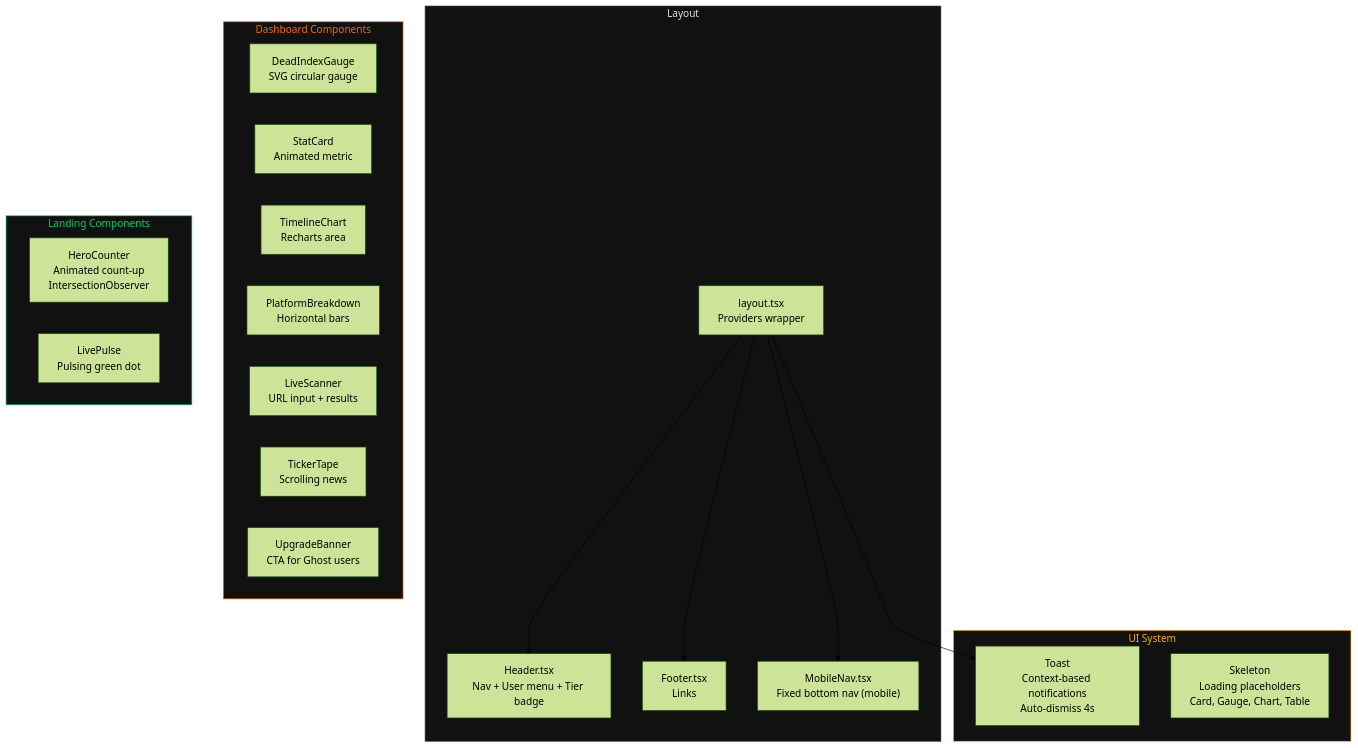
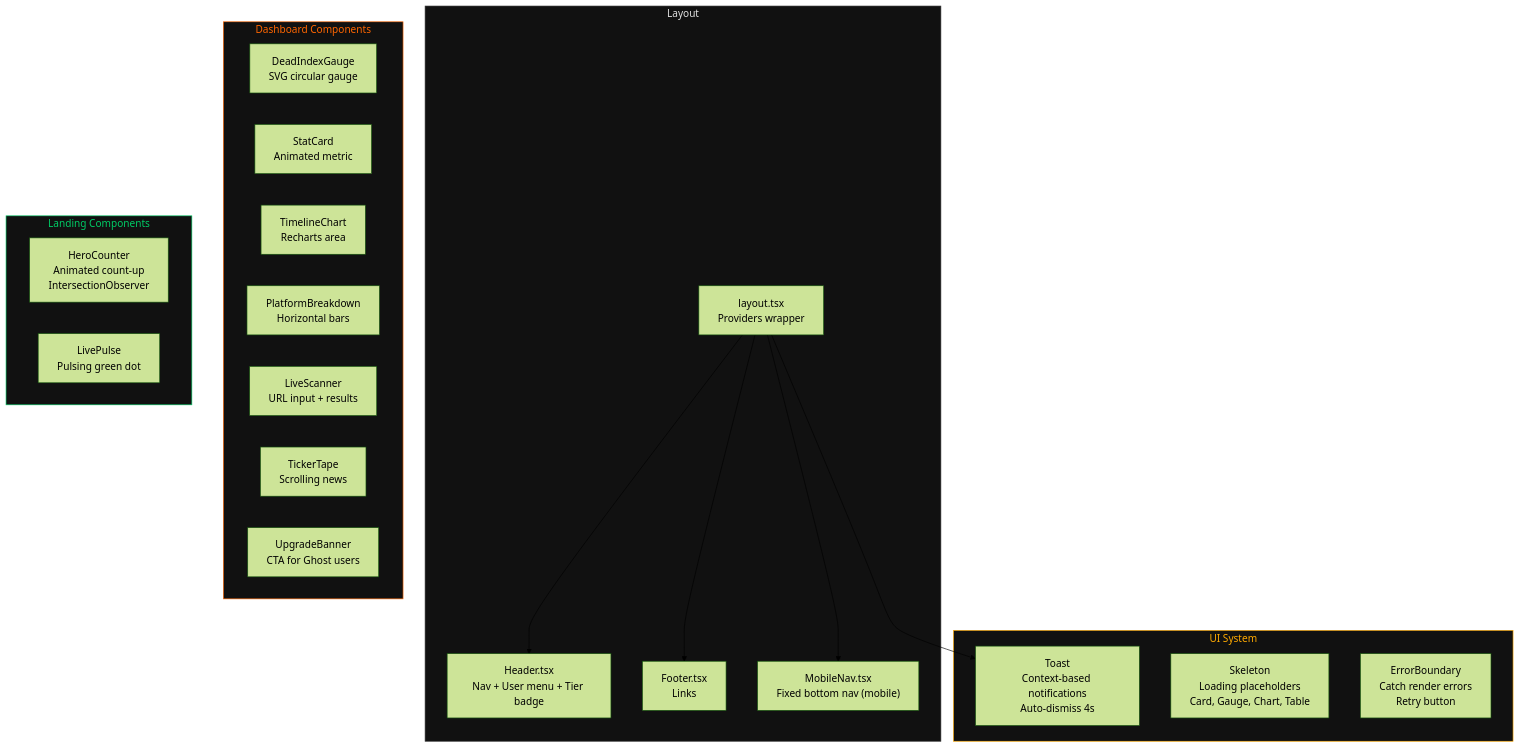
The eighth of 9 diagrams in docs/ARCHITECTURE.md (nabz0r/deadinternet.report), drawn with Mermaid (forest theme) before and after one commit. The commit also changed other lines of this file and 17 other files, not shown here.

````diff
--- a/docs/ARCHITECTURE.md
+++ b/docs/ARCHITECTURE.md
@@ -337,39 +337,40 @@
 ```mermaid
 graph TB
     subgraph Layout["Layout"]
         RootLayout["layout.tsx<br/>Providers wrapper"]
         Header["Header.tsx<br/>Nav + User menu + Tier badge"]
         Footer["Footer.tsx<br/>Links"]
         MobileNav["MobileNav.tsx<br/>Fixed bottom nav (mobile)"]
     end
 
     subgraph Dashboard["Dashboard Components"]
         Gauge["DeadIndexGauge<br/>SVG circular gauge"]
         StatCard["StatCard<br/>Animated metric"]
         Timeline["TimelineChart<br/>Recharts area"]
         Platform["PlatformBreakdown<br/>Horizontal bars"]
         LiveScan["LiveScanner<br/>URL input + results"]
         Ticker["TickerTape<br/>Scrolling news"]
         Upgrade["UpgradeBanner<br/>CTA for Ghost users"]
     end
 
     subgraph Landing["Landing Components"]
         HeroCounter["HeroCounter<br/>Animated count-up<br/>IntersectionObserver"]
         LivePulse["LivePulse<br/>Pulsing green dot"]
     end
 
     subgraph UI["UI System"]
         Toast["Toast<br/>Context-based notifications<br/>Auto-dismiss 4s"]
         Skeleton["Skeleton<br/>Loading placeholders<br/>Card, Gauge, Chart, Table"]
+        ErrorBound["ErrorBoundary<br/>Catch render errors<br/>Retry button"]
     end
 
     RootLayout --> Header
     RootLayout --> Footer
     RootLayout --> MobileNav
     RootLayout --> Toast
 
     style Layout fill:#111,color:#e0e0e0,stroke:#333
     style Dashboard fill:#111,color:#ff6600,stroke:#ff6600
     style Landing fill:#111,color:#00cc66,stroke:#00cc66
     style UI fill:#111,color:#ffaa00,stroke:#ffaa00
 ```
````
